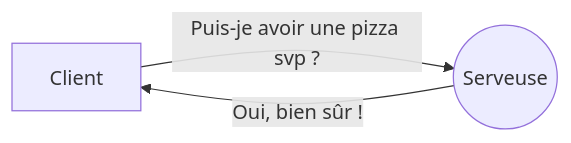
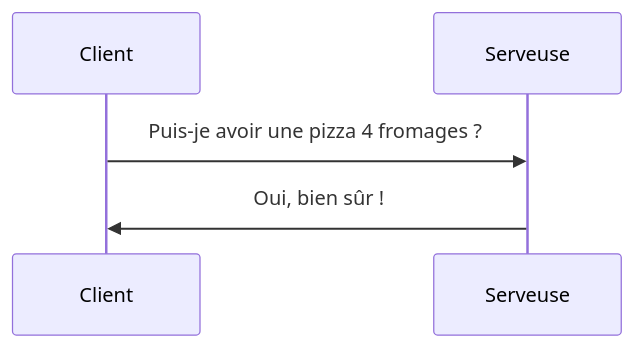
Before and after one commit to ZamBoyle/Eqla_HTML: the first of 5 diagrams in README.md, drawn with Mermaid. The commit also changed other lines of this file and 39 other files, not shown here.

````diff
--- a/README.md
+++ b/README.md
@@ -27,5 +50,7 @@
 ```mermaid
-graph LR
-A[Client] -- Puis-je avoir une pizza svp ? --> B((Serveuse))
-B -- Oui, bien sûr !  --> A
+sequenceDiagram
+    participant Client
+    participant Serveuse
+    Client->>Serveuse: Puis-je avoir une pizza 4 fromages ?
+    Serveuse->>Client: Oui, bien sûr !
 ```
````
